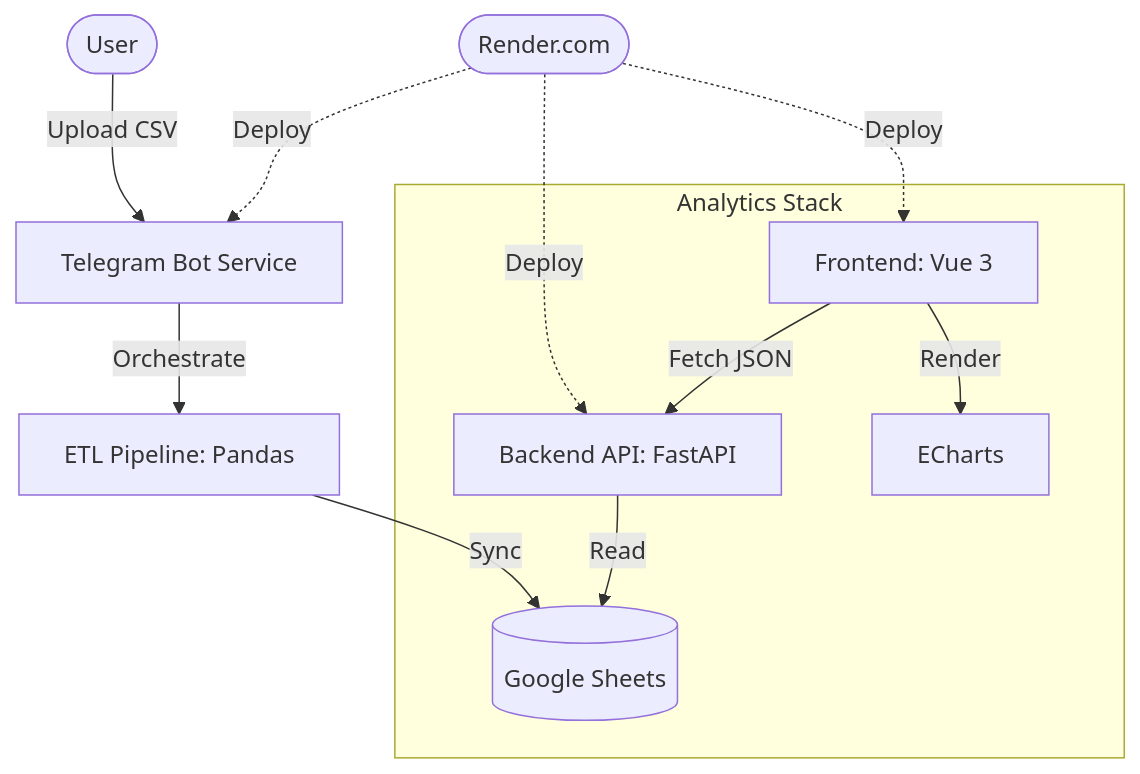
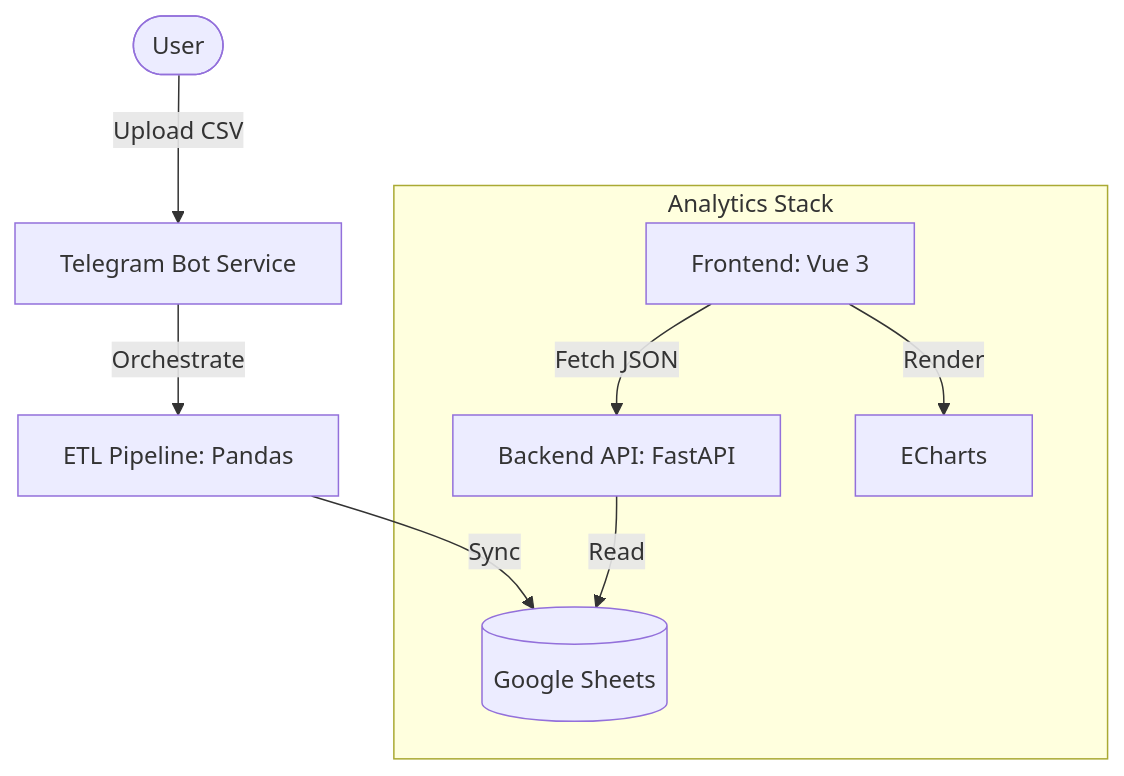
One commit to DamienBarnesAutomations/budget-tracker-analytics changed the diagram in README.md. Above: the diagram before and after it, drawn with Mermaid. The commit also changed other lines of this file and 9 other files, not shown here.

````diff
--- a/README.md
+++ b/README.md
@@ -7,16 +7,12 @@
 ```mermaid
 graph TD
     User([User]) -->|Upload CSV| TG[Telegram Bot Service]
     TG -->|Orchestrate| ETL[ETL Pipeline: Pandas]
     ETL -->|Sync| GS[(Google Sheets)]
     
     subgraph "Analytics Stack"
         API[Backend API: FastAPI] -->|Read| GS
         UI[Frontend: Vue 3] -->|Fetch JSON| API
         UI -->|Render| ECharts[ECharts]
     end
-    
-    Cloud([Render.com]) -.->|Deploy| TG
-    Cloud -.->|Deploy| API
-    Cloud -.->|Deploy| UI
 ```
````
